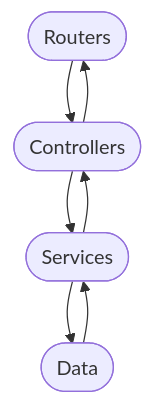
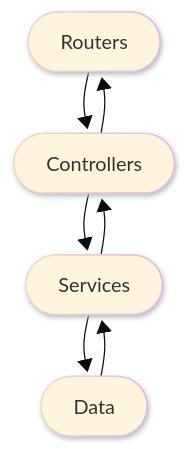
Before and after one commit to Markonav/proyectoProgramacion: the diagram in docs/arquitectura.md, drawn with Mermaid.

Commit message:
docs: actualizar archivo

````diff
--- a/docs/arquitectura.md
+++ b/docs/arquitectura.md
@@ -6,7 +6,12 @@
 ```mermaid
+---
+config:
+  theme: base
+  look: neo
+---
 flowchart TD
     A(["Routers"]) --> B(["Controllers"])
     B --> A & C(["Services"])
     C --> B & D(["Data"])
     D --> C
 ```
````
